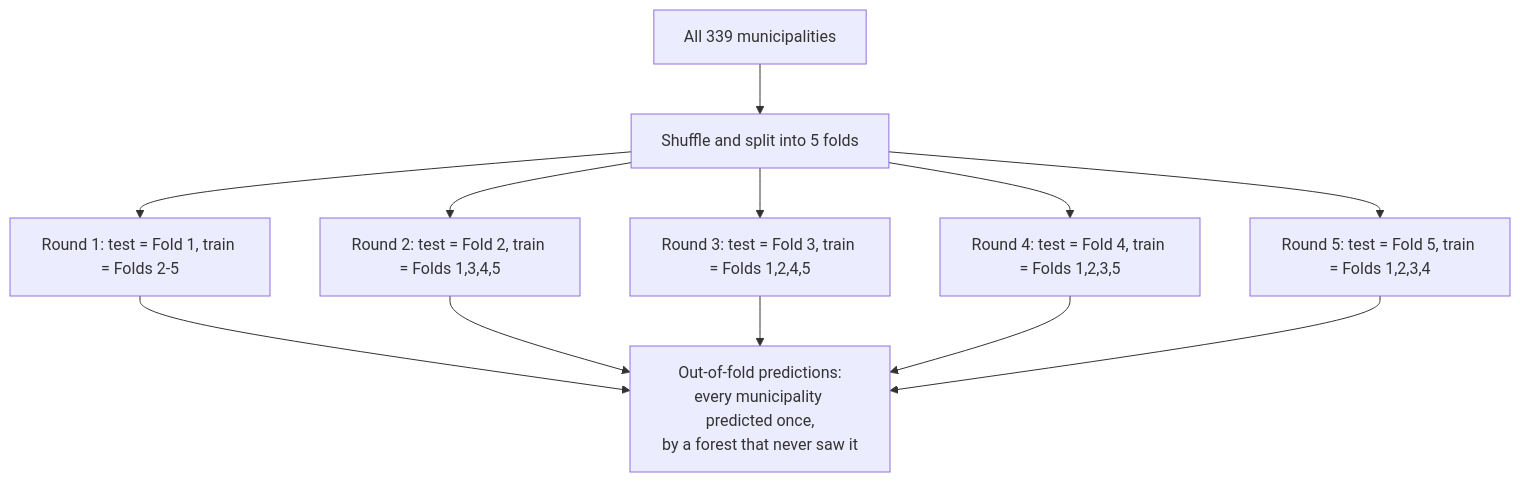
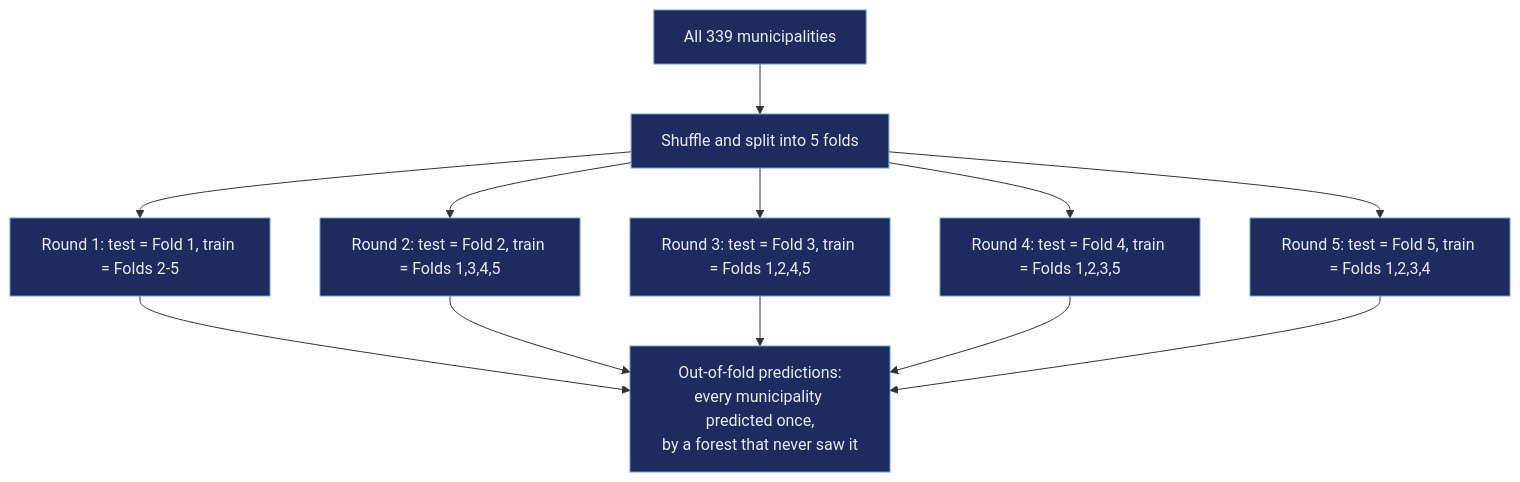
Before and after one commit to cmg777/starter-academic-v501: the second of 2 diagrams in content/post/python_ml_random_forest/index.md, drawn with Mermaid. The commit also changed other lines of this file and 21 other files, not shown here.

First line of the commit message:
content(python_ml_random_forest): dark-theme diagrams/figures + add Appendix C (linear regression)

````diff
--- a/content/post/python_ml_random_forest/index.md
+++ b/content/post/python_ml_random_forest/index.md
@@ -441,14 +445,16 @@
 ```mermaid
 graph TD
     D["All 339 municipalities"] --> S["Shuffle and split into 5 folds"]
     S --> R1["Round 1: test = Fold 1, train = Folds 2-5"]
     S --> R2["Round 2: test = Fold 2, train = Folds 1,3,4,5"]
     S --> R3["Round 3: test = Fold 3, train = Folds 1,2,4,5"]
     S --> R4["Round 4: test = Fold 4, train = Folds 1,2,3,5"]
     S --> R5["Round 5: test = Fold 5, train = Folds 1,2,3,4"]
     R1 --> O["Out-of-fold predictions:<br/>every municipality predicted once,<br/>by a forest that never saw it"]
     R2 --> O
     R3 --> O
     R4 --> O
     R5 --> O
+    classDef box fill:#1f2b5e,stroke:#6a9bcc,stroke-width:1px,color:#e8ecf2;
+    class D,S,R1,R2,R3,R4,R5,O box;
 ```
````
